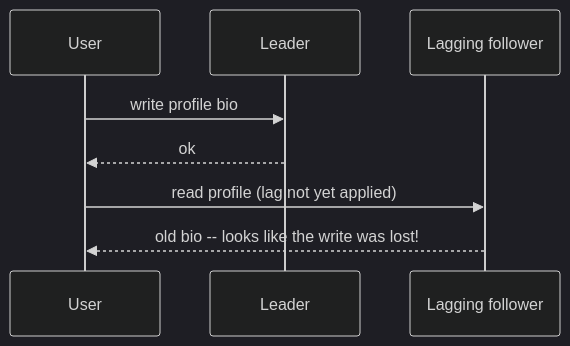
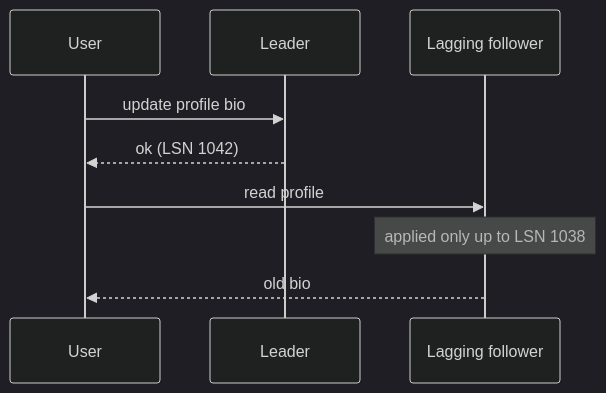
Before and after one commit to AndrewAltimit/Documentation: the fifth of 9 diagrams in github-pages/docs/distributed-systems/replication-strategies.md, drawn with Mermaid (dark theme). The commit also changed other lines of this file and 240 other files, not shown here.

````diff
--- a/github-pages/docs/distributed-systems/replication-strategies.md
+++ b/github-pages/docs/distributed-systems/replication-strategies.md
@@ -253,10 +273,11 @@
 ```mermaid
 sequenceDiagram
     participant U as User
     participant L as Leader
     participant F as Lagging follower
-    U->>L: write profile bio
-    L-->>U: ok
-    U->>F: read profile (lag not yet applied)
-    F-->>U: old bio  -- looks like the write was lost!
+    U->>L: update profile bio
+    L-->>U: ok (LSN 1042)
+    U->>F: read profile
+    Note over F: applied only up to LSN 1038
+    F-->>U: old bio
 ```
````
